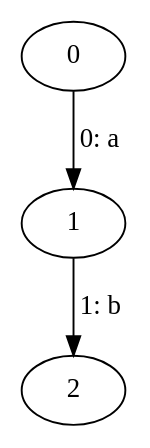
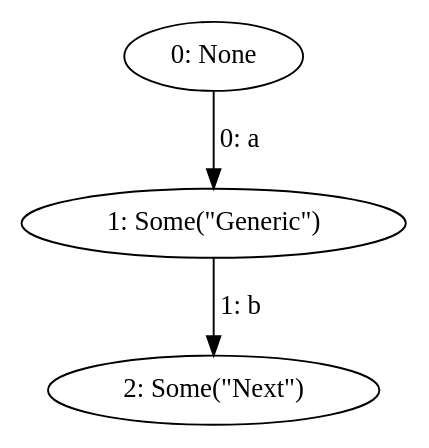
One commit to mohe2015/zero-cost-templating changed the diagram in partial_block_partial.dot. Above: the diagram before and after it, drawn with Graphviz. The commit also changed 3 other files, not shown here.

```diff
--- a/partial_block_partial.dot
+++ b/partial_block_partial.dot
@@ -1,7 +1,7 @@
 digraph {
-    0 [ label = "0" ]
-    1 [ label = "1" ]
-    2 [ label = "2" ]
+    0 [ label = "0: None" ]
+    1 [ label = "1: Some(\"Generic\")" ]
+    2 [ label = "2: Some(\"Next\")" ]
     0 -> 1 [ label = "0: a" ]
     1 -> 2 [ label = "1: b" ]
 }
```
